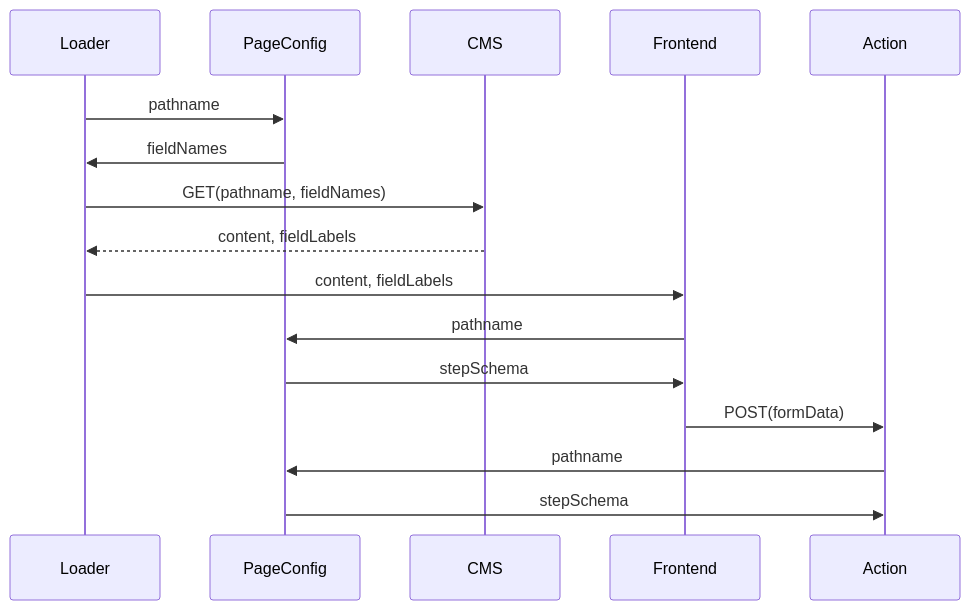
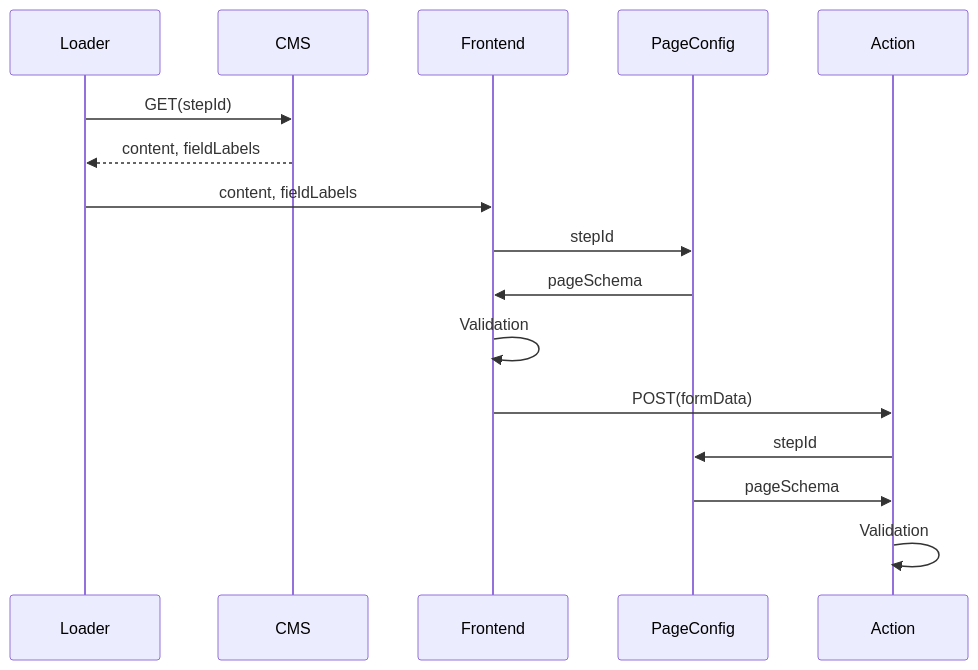
Before and after one commit to digitalservicebund/a2j-rechtsantragstelle: the second of 2 diagrams in doc/adr/0013-pageConfig-inside-application.md, drawn with Mermaid. The commit also changed other lines of this file, not shown here.

````diff
--- a/doc/adr/0013-pageConfig-inside-application.md
+++ b/doc/adr/0013-pageConfig-inside-application.md
@@ -78,14 +100,14 @@
 ```mermaid
 sequenceDiagram
 
-Loader->>PageConfig: pathname
-PageConfig->>Loader: fieldNames
-Loader->>CMS: GET(pathname, fieldNames)
+Loader->>CMS: GET(stepId)
 CMS-->>Loader: content, fieldLabels
 Loader->>Frontend:  content, fieldLabels
-Frontend->>PageConfig: pathname
-PageConfig->>Frontend: stepSchema
+Frontend->>PageConfig: stepId
+PageConfig->>Frontend: pageSchema
+Frontend->>Frontend: Validation
 Frontend->>Action: POST(formData)
-Action->>PageConfig: pathname
-PageConfig->>Action: stepSchema
+Action->>PageConfig: stepId
+PageConfig->>Action: pageSchema
+Action->>Action: Validation
 ```
````
